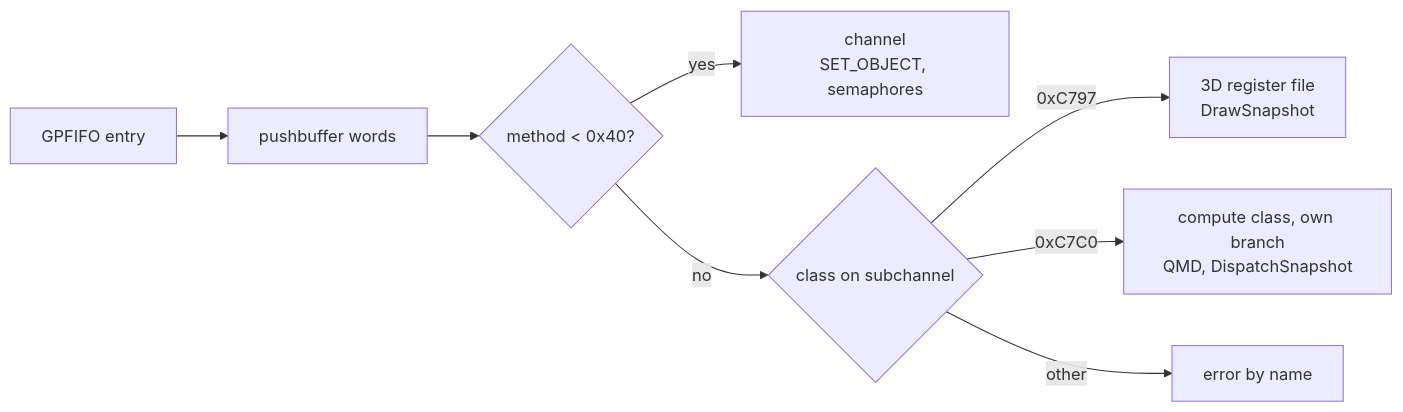
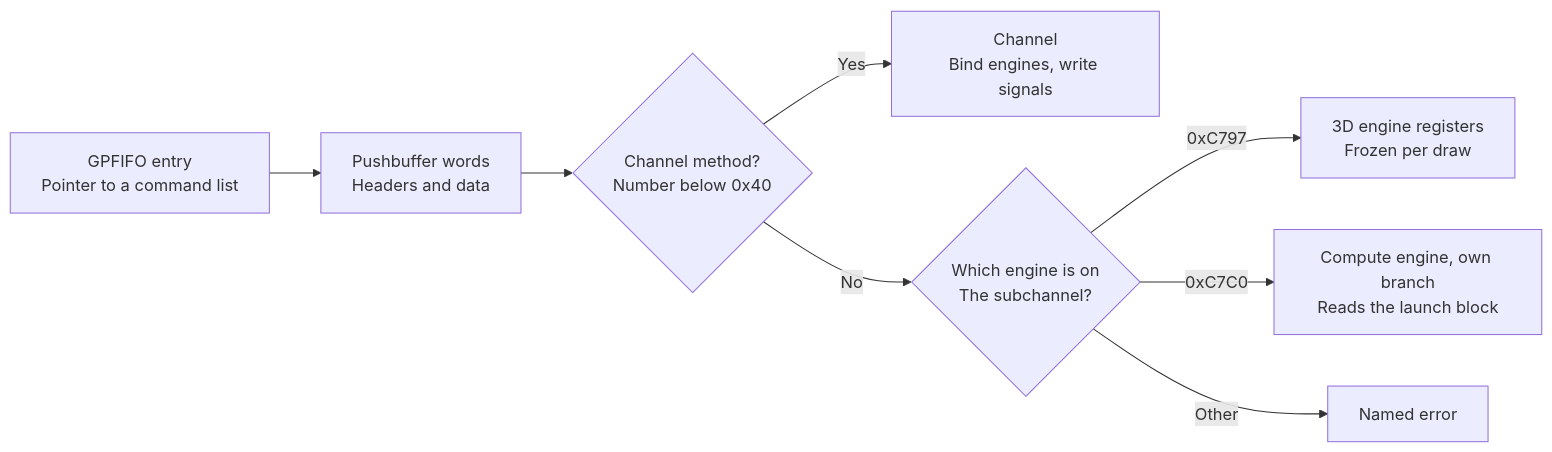
One commit to 0xNikilite/oboromi changed the diagram in docs/architecture/command-processor-and-memory.md. Above: the diagram before and after it, drawn with Mermaid. The commit also changed other lines of this file and 22 other files, not shown here.

````diff
--- a/docs/architecture/command-processor-and-memory.md
+++ b/docs/architecture/command-processor-and-memory.md
@@ -18,10 +20,10 @@
 ```mermaid
 flowchart LR
-    GP["GPFIFO entry"] --> PB["pushbuffer words"]
-    PB --> HDR{"method < 0x40?"}
-    HDR -->|"yes"| CH["channel<br/>SET_OBJECT, semaphores"]
-    HDR -->|"no"| SUB{"class on subchannel"}
-    SUB -->|"0xC797"| TD["3D register file<br/>DrawSnapshot"]
-    SUB -->|"0xC7C0"| CC["compute class, own branch<br/>QMD, DispatchSnapshot"]
-    SUB -->|"other"| ERR["error by name"]
+    GP["GPFIFO entry<br/>Pointer to a command list"] --> PB["Pushbuffer words<br/>Headers and data"]
+    PB --> HDR{"Channel method?<br/>Number below 0x40"}
+    HDR -->|"Yes"| CH["Channel<br/>Bind engines, write signals"]
+    HDR -->|"No"| SUB{"Which engine is on<br/>The subchannel?"}
+    SUB -->|"0xC797"| TD["3D engine registers<br/>Frozen per draw"]
+    SUB -->|"0xC7C0"| CC["Compute engine, own branch<br/>Reads the launch block"]
+    SUB -->|"Other"| ERR["Named error"]
 ```
````
